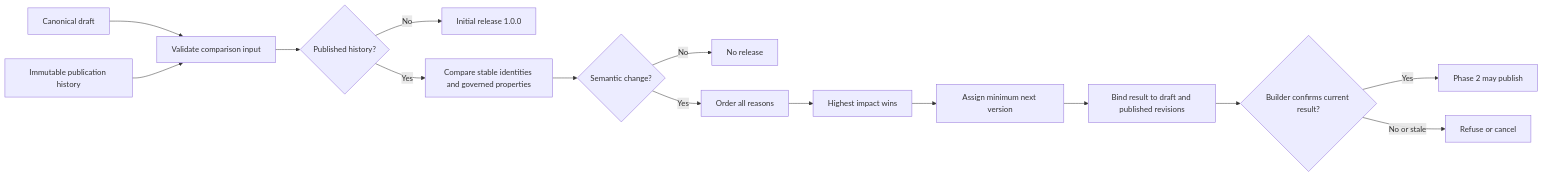
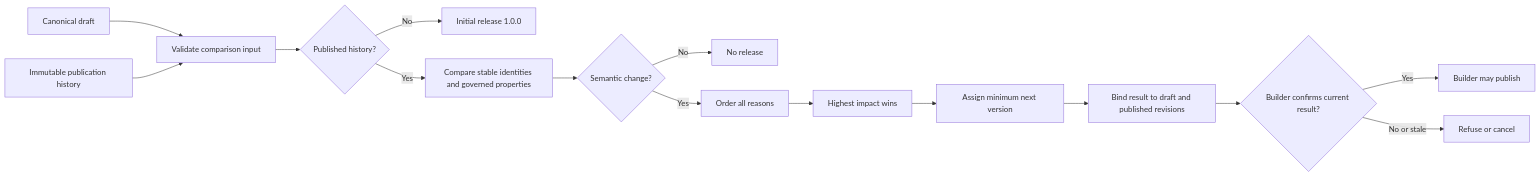
One commit to Abzum-NZ/Abzum-Vortex changed the diagram in docs/specification/appendices/version-impact-policy.md. Above: the diagram before and after it, drawn with Mermaid. The commit also changed 23 other files, not shown here.

````diff
--- a/docs/specification/appendices/version-impact-policy.md
+++ b/docs/specification/appendices/version-impact-policy.md
@@ -11,17 +11,17 @@
 ```mermaid
 flowchart LR
     D[Canonical draft] --> V[Validate comparison input]
     H[Immutable publication history] --> V
     V --> C{Published history?}
     C -- No --> I[Initial release 1.0.0]
     C -- Yes --> X[Compare stable identities and governed properties]
     X --> N{Semantic change?}
     N -- No --> Z[No release]
     N -- Yes --> R[Order all reasons]
     R --> M[Highest impact wins]
     M --> A[Assign minimum next version]
     A --> F[Bind result to draft and published revisions]
     F --> B{Builder confirms current result?}
-    B -- Yes --> P[Phase 2 may publish]
+    B -- Yes --> P[Builder may publish]
     B -- No or stale --> Q[Refuse or cancel]
 ```
````
